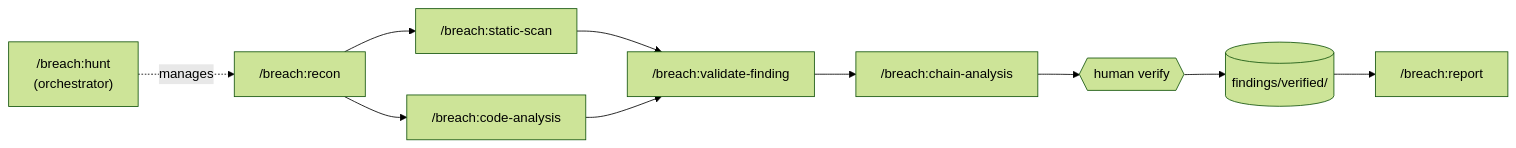
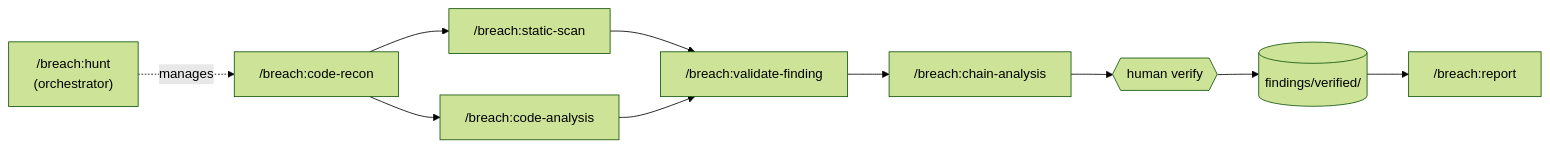
Before and after one commit to tsheil/breach-marketplace: the diagram in README.md, drawn with Mermaid (forest theme). The commit also changed other lines of this file and 9 other files, not shown here.

First line of the commit message:
Rename recon → code-recon, add threat modeling and git history analysis, bump to v1.4.0

````diff
--- a/README.md
+++ b/README.md
@@ -32,21 +32,21 @@
 ```mermaid
 flowchart LR
     hunt["/breach:hunt\n(orchestrator)"]
 
-    recon["/breach:recon"]
+    recon["/breach:code-recon"]
     static["/breach:static-scan"]
     code["/breach:code-analysis"]
     validate["/breach:validate-finding"]
     chain["/breach:chain-analysis"]
     report["/breach:report"]
     human{{"human verify"}}
     verified[("findings/verified/")]
 
     hunt -.->|manages| recon
     recon --> static & code
     static & code --> validate
     validate --> chain
     chain --> human
     human --> verified
     verified --> report
 ```
````
